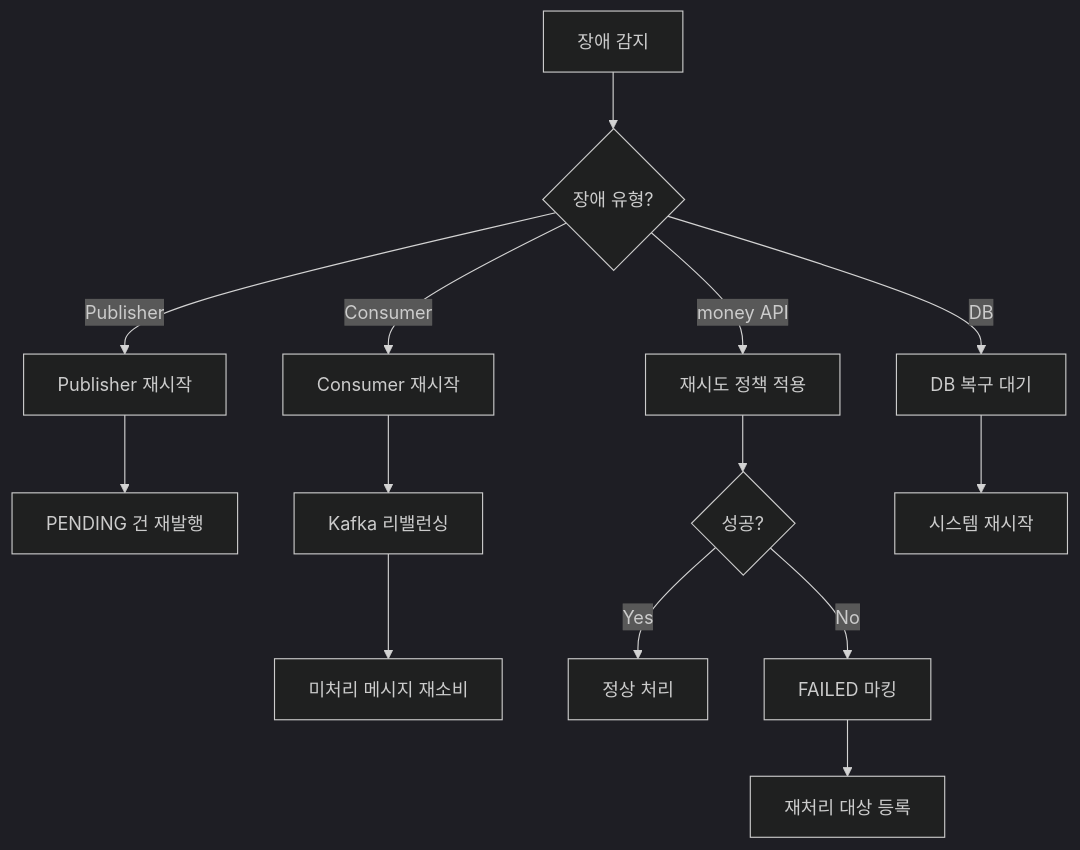
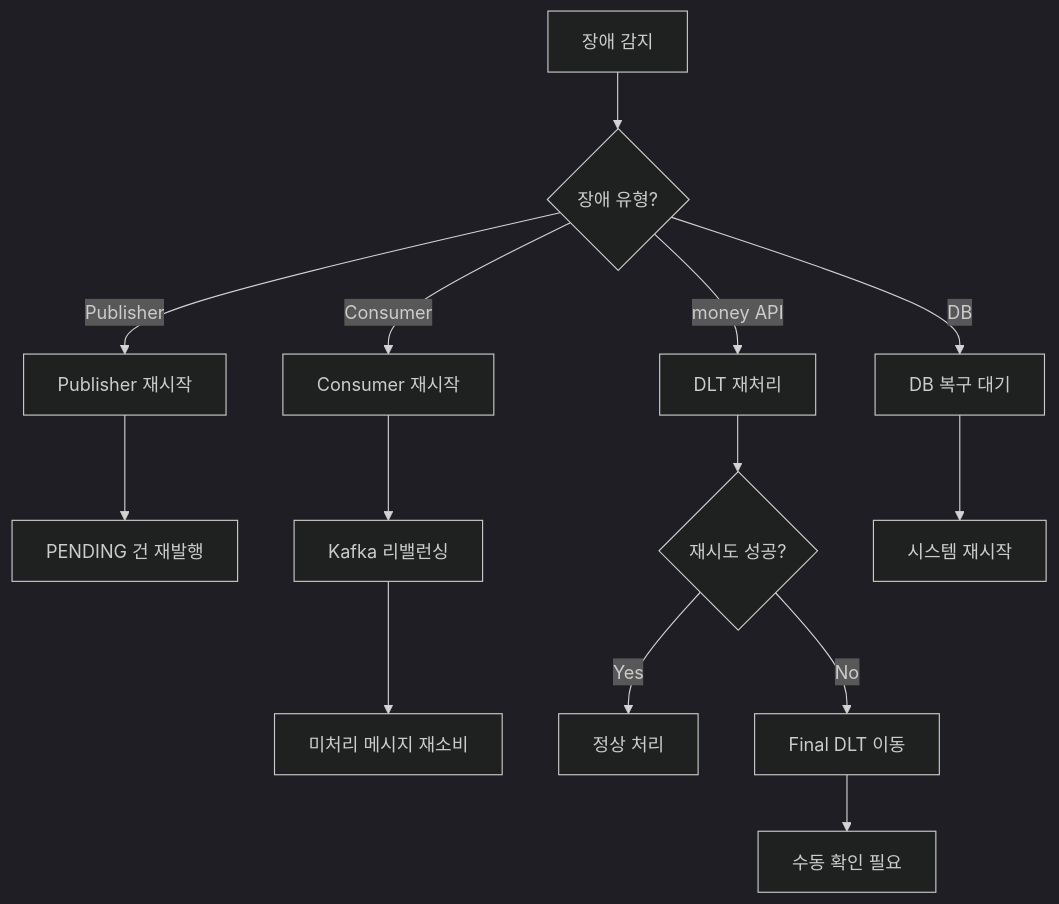
One commit to JiYoonKimjimmy/obsidian-vault changed the seventh of 7 diagrams in 1. Project/2026_MP_대량 포인트 지급 시스템/02_Architecture.md. Above: the diagram before and after it, drawn with Mermaid (dark theme). The commit also changed other lines of this file, not shown here.

````diff
--- a/1. Project/2026_MP_대량 포인트 지급 시스템/02_Architecture.md
+++ b/1. Project/2026_MP_대량 포인트 지급 시스템/02_Architecture.md
@@ -660,20 +842,20 @@
 ```mermaid
 flowchart TB
     A[장애 감지] --> B{장애 유형?}
     
     B -->|Publisher| C[Publisher 재시작]
     C --> D[PENDING 건 재발행]
     
     B -->|Consumer| E[Consumer 재시작]
     E --> F[Kafka 리밸런싱]
     F --> G[미처리 메시지 재소비]
     
-    B -->|money API| H[재시도 정책 적용]
-    H --> I{성공?}
+    B -->|money API| H[DLT 재처리]
+    H --> I{재시도 성공?}
     I -->|Yes| J[정상 처리]
-    I -->|No| K[FAILED 마킹]
-    K --> L[재처리 대상 등록]
+    I -->|No| K[Final DLT 이동]
+    K --> L[수동 확인 필요]
     
     B -->|DB| M[DB 복구 대기]
     M --> N[시스템 재시작]
 ```
````
